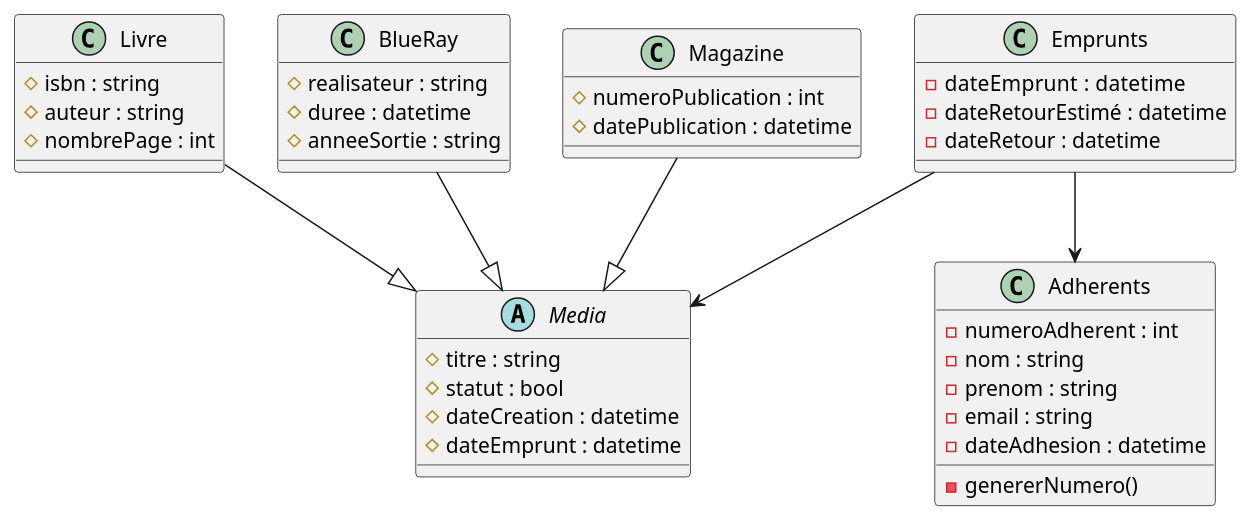
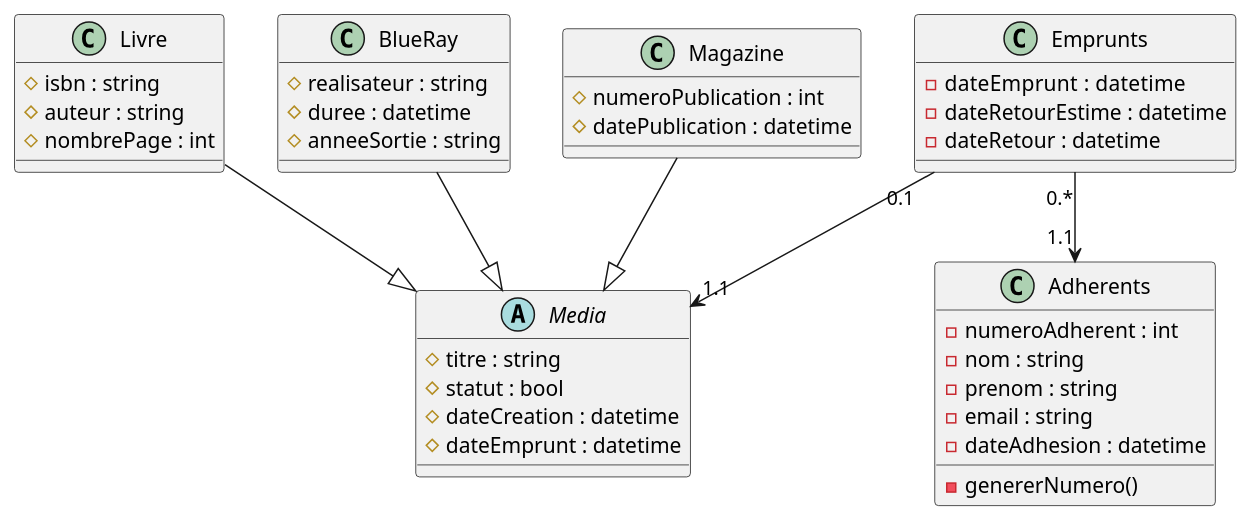
One commit to lucasbleau/php-Scrum-Bibli changed the diagram in documentation/diagramme de classe.puml. Above: the diagram before and after it, drawn with PlantUML. The commit also changed 6 other files, not shown here.

```diff
--- a/documentation/diagramme de classe.puml
+++ b/documentation/diagramme de classe.puml
@@ -1,49 +1,49 @@
 @startuml
 
 abstract Media {
 # titre : string
 # statut : bool
 # dateCreation : datetime
 # dateEmprunt : datetime
 }
 
 class Livre {
 # isbn : string
 # auteur : string
 # nombrePage : int
 }
 
 class BlueRay {
 # realisateur : string
 # duree : datetime
 # anneeSortie : string
 }
 
 class Magazine {
 # numeroPublication : int
 # datePublication : datetime
 }
 
 class Adherents {
 - numeroAdherent : int
 - nom : string
 - prenom : string
 - email : string
 - dateAdhesion : datetime
 - genererNumero()
 }
 
 class Emprunts {
 - dateEmprunt :  datetime
-- dateRetourEstimé : datetime
+- dateRetourEstime : datetime
 - dateRetour : datetime
 }
 
 Livre --|> Media
 BlueRay --|> Media
 Magazine --|> Media
-Emprunts --> Media
-Emprunts --> Adherents
+Emprunts "0.1" --> "1.1" Media
+Emprunts "0.*" --> "1.1" Adherents
 
 
 @enduml
```
